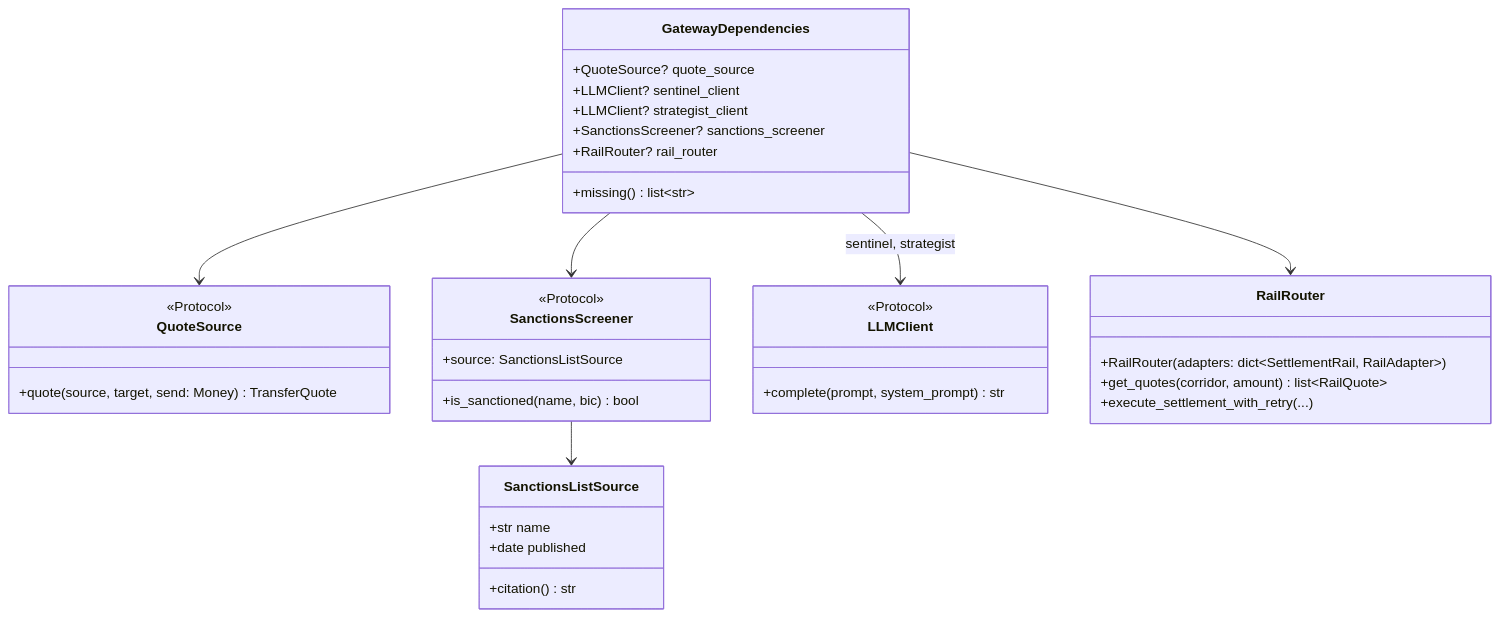
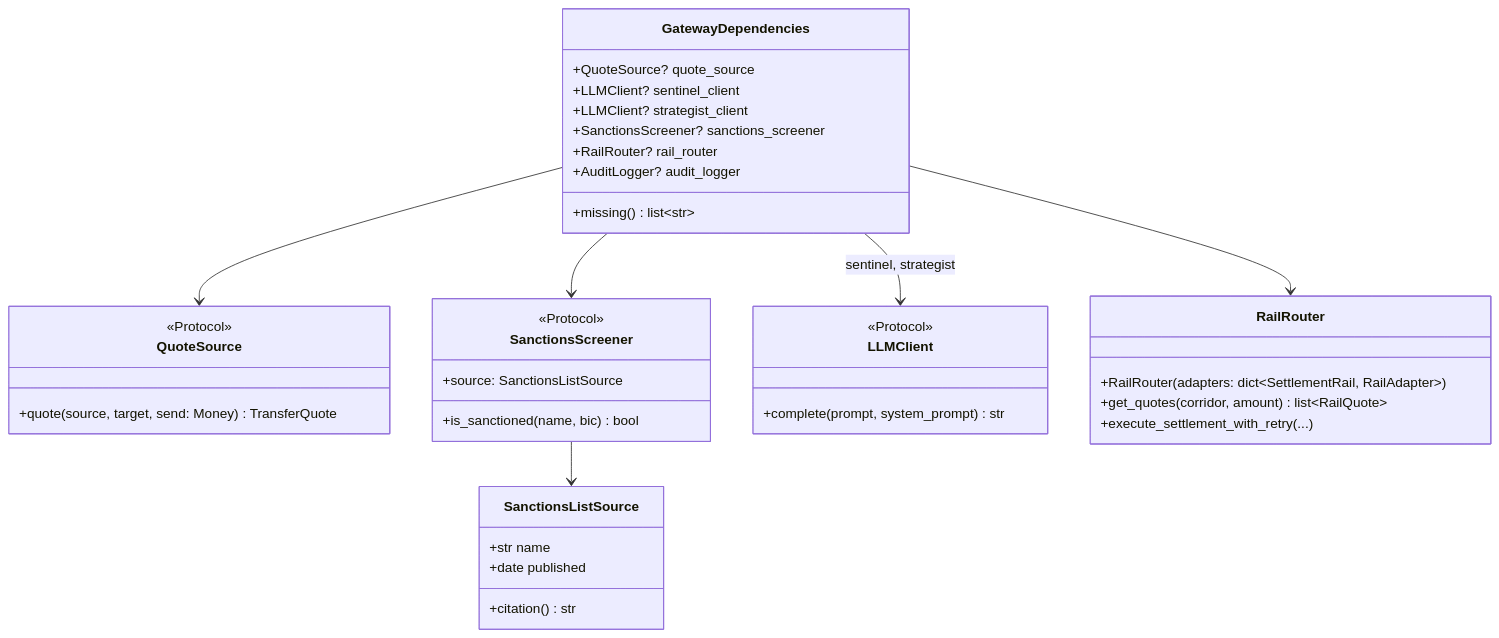
One commit to Katlego-tech/UbuntuRemit changed the first of 2 diagrams in docs/design/gateway.md. Above: the diagram before and after it, drawn with Mermaid. The commit also changed other lines of this file and 19 other files, not shown here.

````diff
--- a/docs/design/gateway.md
+++ b/docs/design/gateway.md
@@ -28,39 +28,40 @@
 ```mermaid
 classDiagram
     class GatewayDependencies {
         +QuoteSource? quote_source
         +LLMClient? sentinel_client
         +LLMClient? strategist_client
         +SanctionsScreener? sanctions_screener
         +RailRouter? rail_router
+        +AuditLogger? audit_logger
         +missing() list~str~
     }
     class QuoteSource {
         <<Protocol>>
         +quote(source, target, send: Money) TransferQuote
     }
     class SanctionsScreener {
         <<Protocol>>
         +source: SanctionsListSource
         +is_sanctioned(name, bic) bool
     }
     class SanctionsListSource {
         +str name
         +date published
         +citation() str
     }
     class LLMClient {
         <<Protocol>>
         +complete(prompt, system_prompt) str
     }
     GatewayDependencies --> QuoteSource
     GatewayDependencies --> SanctionsScreener
     GatewayDependencies --> LLMClient : sentinel, strategist
     GatewayDependencies --> RailRouter
     class RailRouter {
         +RailRouter(adapters: dict~SettlementRail, RailAdapter~)
         +get_quotes(corridor, amount) list~RailQuote~
         +execute_settlement_with_retry(...)
     }
     SanctionsScreener --> SanctionsListSource
 ```
````
